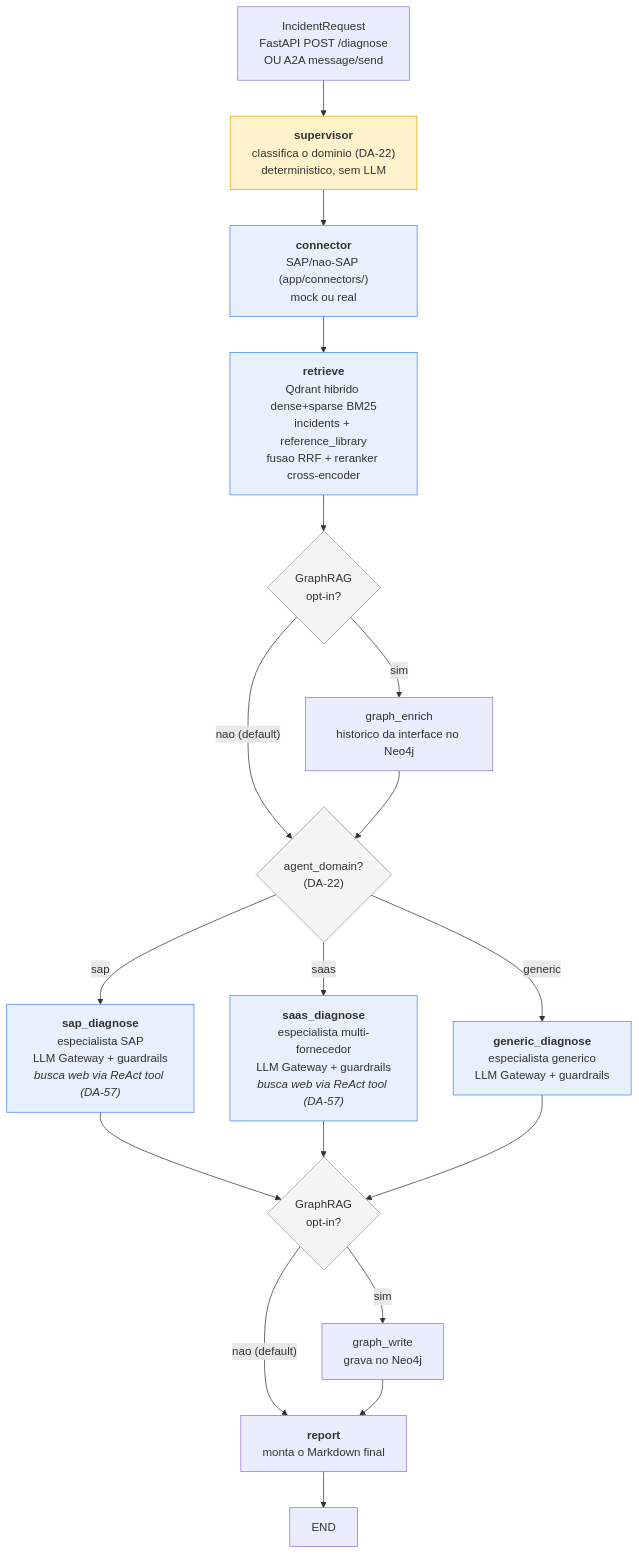
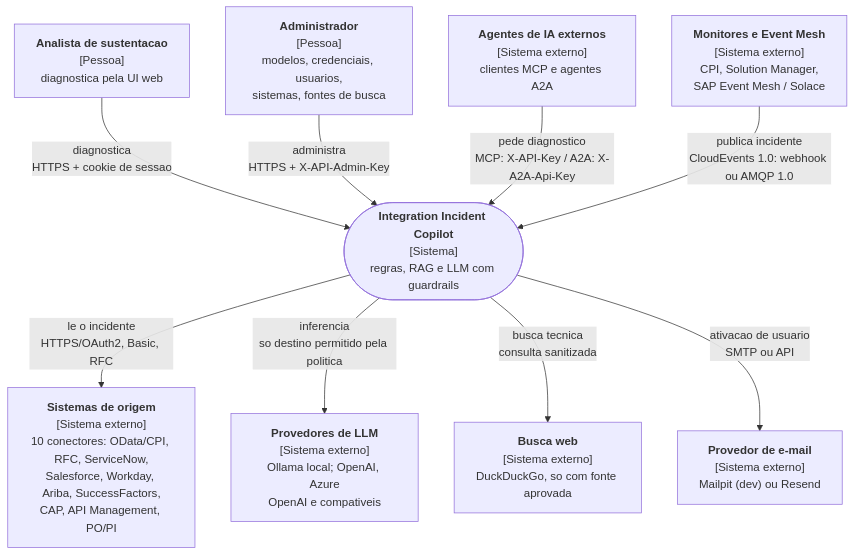
One commit to marcos-slima/integration-incident-copilot changed the first of 13 diagrams in docs/ARCHITECTURE.md. Above: the diagram before and after it, drawn with Mermaid. The commit also changed other lines of this file and 5 other files, not shown here.

First line of the commit message:
docs: diagramas de arquitetura de agentes, grafo gerado do codigo e conferidos por teste

````diff
--- a/docs/ARCHITECTURE.md
+++ b/docs/ARCHITECTURE.md
@@ -10,30 +30,23 @@
 ```mermaid
-flowchart TD
-    A["IncidentRequest<br/>FastAPI POST /diagnose<br/>OU A2A message/send"] --> S["<b>supervisor</b><br/>classifica o dominio (DA-22)<br/>deterministico, sem LLM"]
-    S --> B["<b>connector</b><br/>SAP/nao-SAP (app/connectors/)<br/>mock ou real"]
-    B --> C["<b>retrieve</b><br/>Qdrant hibrido dense+sparse BM25<br/>incidents + reference_library<br/>fusao RRF + reranker cross-encoder"]
-    C --> D{"GraphRAG<br/>opt-in?"}
-    D -->|"sim"| E["graph_enrich<br/>historico da interface no Neo4j"]
-    D -->|"nao (default)"| R{"agent_domain?<br/>(DA-22)"}
-    E --> R
-    R -->|"sap"| F1["<b>sap_diagnose</b><br/>especialista SAP<br/>LLM Gateway + guardrails<br/><i>busca web via ReAct tool (DA-57)</i>"]
-    R -->|"saas"| F2["<b>saas_diagnose</b><br/>especialista multi-fornecedor<br/>LLM Gateway + guardrails<br/><i>busca web via ReAct tool (DA-57)</i>"]
-    R -->|"generic"| F3["<b>generic_diagnose</b><br/>especialista generico<br/>LLM Gateway + guardrails"]
-    F1 --> G{"GraphRAG<br/>opt-in?"}
-    F2 --> G
-    F3 --> G
-    G -->|"sim"| H["graph_write<br/>grava no Neo4j"]
-    G -->|"nao (default)"| I["<b>report</b><br/>monta o Markdown final"]
-    H --> I
-    I --> J["END"]
+flowchart TB
+    analista["<b>Analista de sustentacao</b><br/>[Pessoa]<br/>diagnostica pela UI web"]
+    admin["<b>Administrador</b><br/>[Pessoa]<br/>modelos, credenciais, usuarios,<br/>sistemas, fontes de busca"]
+    agentes["<b>Agentes de IA externos</b><br/>[Sistema externo]<br/>clientes MCP e agentes A2A"]
+    eventos["<b>Monitores e Event Mesh</b><br/>[Sistema externo]<br/>CPI, Solution Manager,<br/>SAP Event Mesh / Solace"]
 
-    style D fill:#f5f5f5,stroke:#999
-    style G fill:#f5f5f5,stroke:#999
-    style R fill:#f5f5f5,stroke:#999
-    style S fill:#fff3cd,stroke:#e0a800
-    style B fill:#e8f0fe,stroke:#4285f4
-    style C fill:#e8f0fe,stroke:#4285f4
-    style F1 fill:#e8f0fe,stroke:#4285f4
-    style F2 fill:#e8f0fe,stroke:#4285f4
-    style F3 fill:#e8f0fe,stroke:#4285f4
+    iic(["<b>Integration Incident Copilot</b><br/>[Sistema]<br/>regras, RAG e LLM com guardrails"])
+
+    origem["<b>Sistemas de origem</b><br/>[Sistema externo]<br/>10 conectores: OData/CPI, RFC, ServiceNow,<br/>Salesforce, Workday, Ariba, SuccessFactors,<br/>CAP, API Management, PO/PI"]
+    llm["<b>Provedores de LLM</b><br/>[Sistema externo]<br/>Ollama local; OpenAI, Azure<br/>OpenAI e compativeis"]
+    web["<b>Busca web</b><br/>[Sistema externo]<br/>DuckDuckGo, so com fonte aprovada"]
+    email["<b>Provedor de e-mail</b><br/>[Sistema externo]<br/>Mailpit (dev) ou Resend"]
+
+    analista -->|"diagnostica<br/>HTTPS + cookie de sessao"| iic
+    admin -->|"administra<br/>HTTPS + X-API-Admin-Key"| iic
+    agentes -->|"pede diagnostico<br/>MCP: X-API-Key / A2A: X-A2A-Api-Key"| iic
+    eventos -->|"publica incidente<br/>CloudEvents 1.0: webhook ou AMQP 1.0"| iic
+    iic -->|"le o incidente<br/>HTTPS/OAuth2, Basic, RFC"| origem
+    iic -->|"inferencia<br/>so destino permitido pela politica"| llm
+    iic -->|"busca tecnica<br/>consulta sanitizada"| web
+    iic -->|"ativacao de usuario<br/>SMTP ou API"| email
 ```
````
